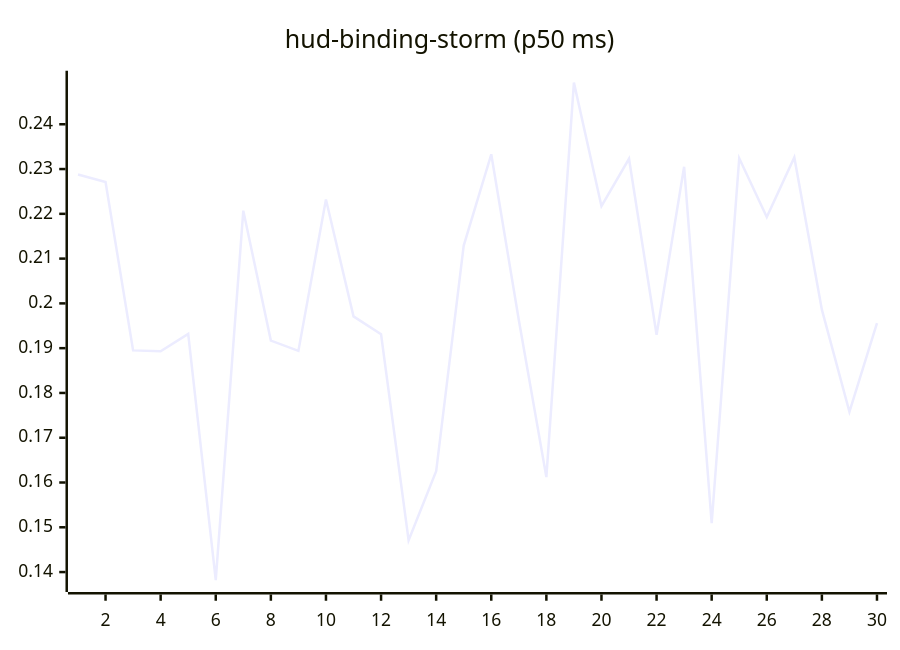
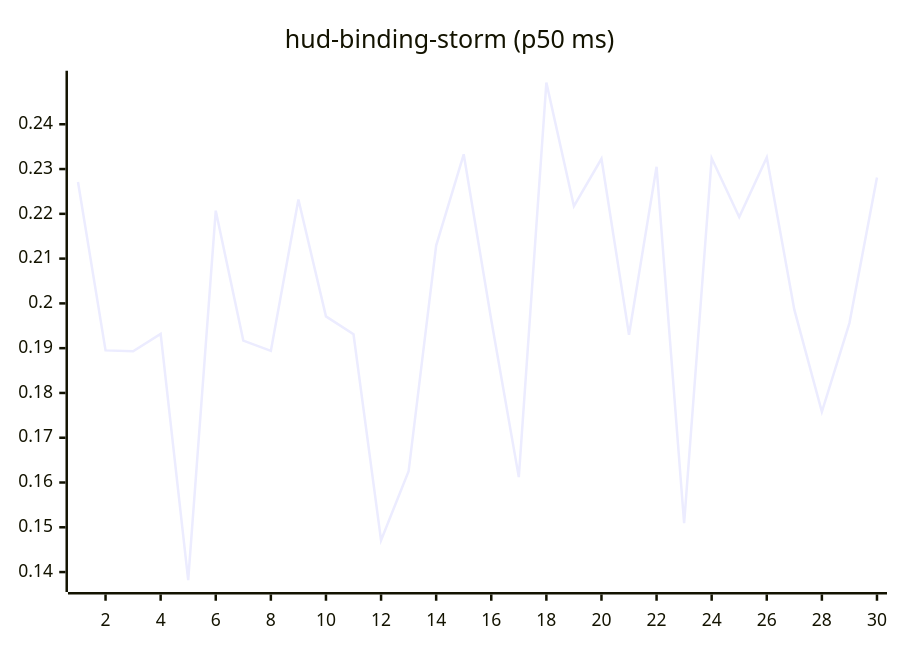
One commit to josha/Facet changed the tenth of 27 diagrams in README.md. Above: the diagram before and after it, drawn with Mermaid. The commit also changed other lines of this file and 2 other files, not shown here.

````diff
--- a/README.md
+++ b/README.md
@@ -126,6 +126,6 @@
 ```mermaid
 xychart-beta
     title "hud-binding-storm (p50 ms)"
     x-axis 1 --> 30
-    line [0.2288, 0.2271, 0.1895, 0.1893, 0.1932, 0.1382, 0.2207, 0.1917, 0.1894, 0.2232, 0.1971, 0.1931, 0.1471, 0.1625, 0.2129, 0.2333, 0.1963, 0.1612, 0.2493, 0.2217, 0.2323, 0.1930, 0.2305, 0.1509, 0.2324, 0.2193, 0.2326, 0.1986, 0.1758, 0.1956]
+    line [0.2271, 0.1895, 0.1893, 0.1932, 0.1382, 0.2207, 0.1917, 0.1894, 0.2232, 0.1971, 0.1931, 0.1471, 0.1625, 0.2129, 0.2333, 0.1963, 0.1612, 0.2493, 0.2217, 0.2323, 0.1930, 0.2305, 0.1509, 0.2324, 0.2193, 0.2326, 0.1986, 0.1758, 0.1956, 0.2281]
 ```
````
